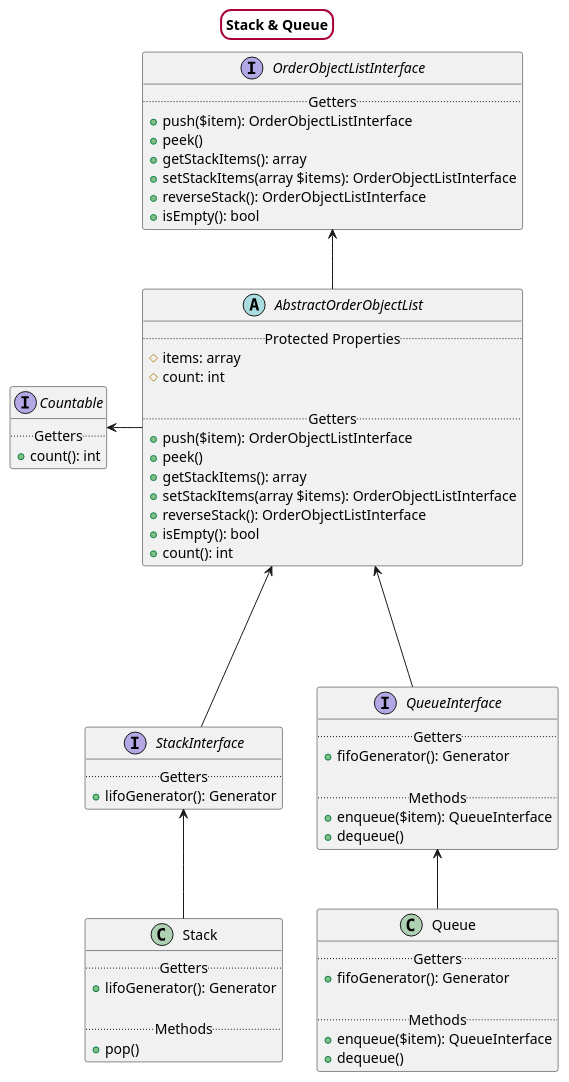
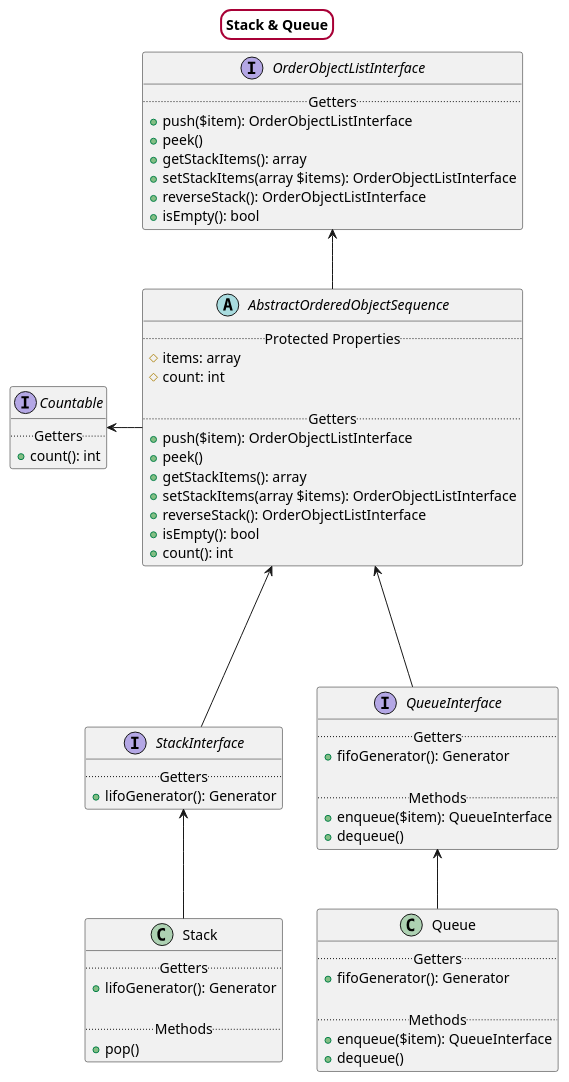
The diagram in src/StackQueue.puml (nanobash/Data-Structure), drawn with PlantUML before and after one commit. The commit also changed 7 other files, not shown here.

```diff
--- a/src/StackQueue.puml
+++ b/src/StackQueue.puml
@@ -1,89 +1,89 @@
 @startuml
 
 /'
     Simple UML (Unified Modeling Language)
 '/
 
 skinparam titleBorderRoundCorner 20
 skinparam titleBorderThickness 2
 skinparam titleBorderColor #A80036
 skinparam titleBackgroundColor white
 
 title Stack & Queue
 
 interface OrderObjectListInterface
 {
     .. Getters ..
     + push($item): OrderObjectListInterface
     + peek()
     + getStackItems(): array
     + setStackItems(array $items): OrderObjectListInterface
     + reverseStack(): OrderObjectListInterface
     + isEmpty(): bool
 }
 
 interface Countable
 {
     .. Getters ..
     + count(): int
 }
 
-abstract class AbstractOrderObjectList
+abstract class AbstractOrderedObjectSequence
 {
     .. Protected Properties ..
     # items: array
     # count: int
 
     .. Getters ..
     + push($item): OrderObjectListInterface
     + peek()
     + getStackItems(): array
     + setStackItems(array $items): OrderObjectListInterface
     + reverseStack(): OrderObjectListInterface
     + isEmpty(): bool
     + count(): int
 }
 
 interface StackInterface
 {
     .. Getters ..
     + lifoGenerator(): Generator
 }
 
 interface QueueInterface
 {
     .. Getters ..
     + fifoGenerator(): Generator
 
     .. Methods ..
     + enqueue($item): QueueInterface
     + dequeue()
 }
 
 class Stack
 {
     .. Getters ..
     + lifoGenerator(): Generator
 
     .. Methods ..
     + pop()
 }
 
 class Queue
 {
     .. Getters ..
     + fifoGenerator(): Generator
 
     .. Methods ..
     + enqueue($item): QueueInterface
     + dequeue()
 }
 
-Countable <- AbstractOrderObjectList
-OrderObjectListInterface <-- AbstractOrderObjectList
-AbstractOrderObjectList <--- StackInterface
-AbstractOrderObjectList <--- QueueInterface
+Countable <- AbstractOrderedObjectSequence
+OrderObjectListInterface <-- AbstractOrderedObjectSequence
+AbstractOrderedObjectSequence <--- StackInterface
+AbstractOrderedObjectSequence <--- QueueInterface
 StackInterface <-- Stack
 QueueInterface <-- Queue
 
 @enduml
```
